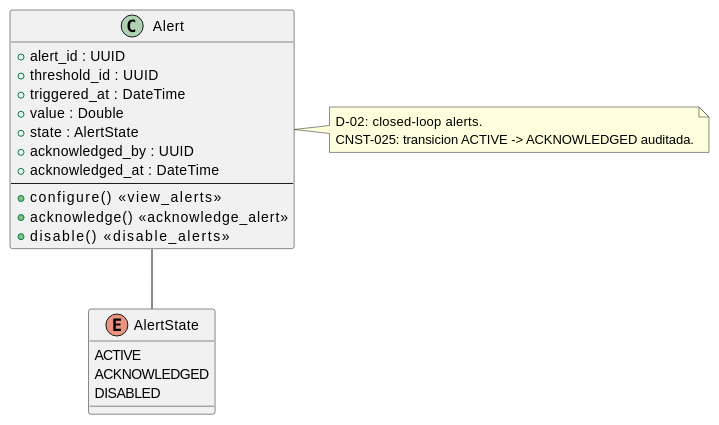
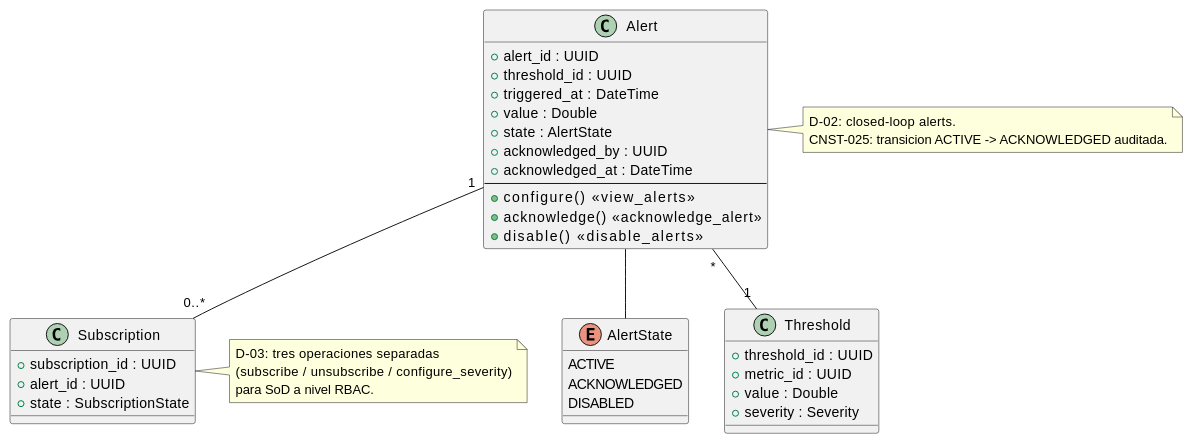
Before and after one commit to jcg-admin/IACT-docs: the diagram in source/arquitectura-tecnica/domain-model/alert.rst, drawn with PlantUML. The commit also changed other lines of this file and 51 other files, not shown here.

```diff
--- a/source/arquitectura-tecnica/domain-model/alert.rst
+++ b/source/arquitectura-tecnica/domain-model/alert.rst
@@ -24,33 +24,54 @@
 .. uml::
  :caption: Clase Alert — alerta con ciclo de vida closed-loop.
 
  @startuml
 
  class Alert {
    + alert_id : UUID
    + threshold_id : UUID
    + triggered_at : DateTime
    + value : Double
    + state : AlertState
    + acknowledged_by : UUID
    + acknowledged_at : DateTime
    --
    + configure()         <<view_alerts>>
    + acknowledge()       <<acknowledge_alert>>
    + disable()           <<disable_alerts>>
  }
 
  enum AlertState {
    ACTIVE
    ACKNOWLEDGED
    DISABLED
  }
 
+ class Threshold {
+   + threshold_id : UUID
+   + metric_id : UUID
+   + value : Double
+   + severity : Severity
+ }
+
+ class Subscription {
+   + subscription_id : UUID
+   + alert_id : UUID
+   + state : SubscriptionState
+ }
+
  Alert -- AlertState
+ Alert "*" -- "1" Threshold
+ Alert "1" -- "0..*" Subscription
 
  note right of Alert
    D-02: closed-loop alerts.
    CNST-025: transicion ACTIVE -> ACKNOWLEDGED auditada.
  end note
 
+ note right of Subscription
+   D-03: tres operaciones separadas
+   (subscribe / unsubscribe / configure_severity)
+   para SoD a nivel RBAC.
+ end note
+
  @enduml
```
